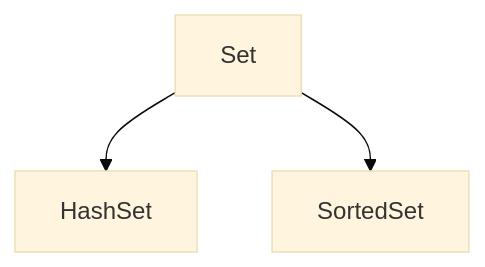
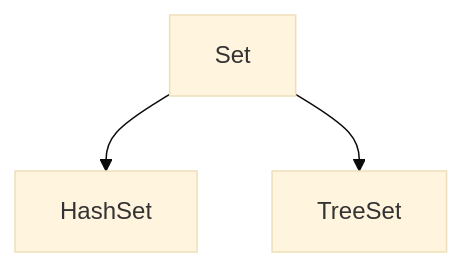
One commit to AvinandanBose/Java-Collection-Framework-and-Java-Set changed the second of 2 diagrams in README.md. Above: the diagram before and after it, drawn with Mermaid (base theme). The commit also changed other lines of this file, not shown here.

````diff
--- a/README.md
+++ b/README.md
@@ -95,8 +95,8 @@
 ```mermaid
 graph TD;
     
     Set-->HashSet;
-    Set-->SortedSet;
+    Set-->TreeSet;
    
     
 ```
````
